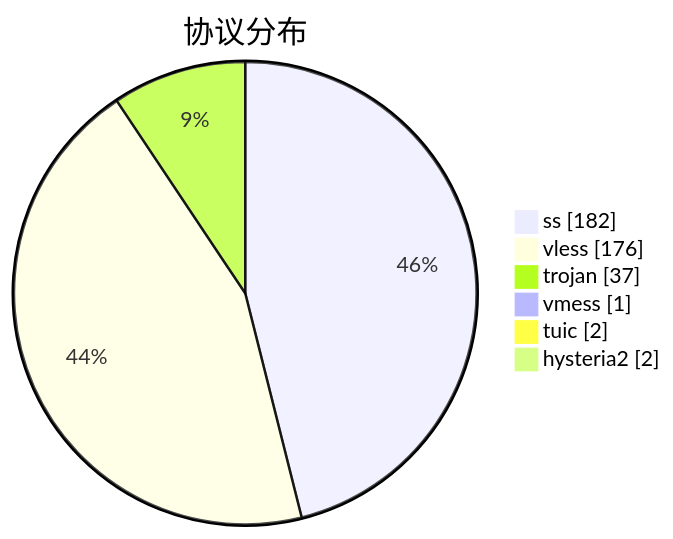
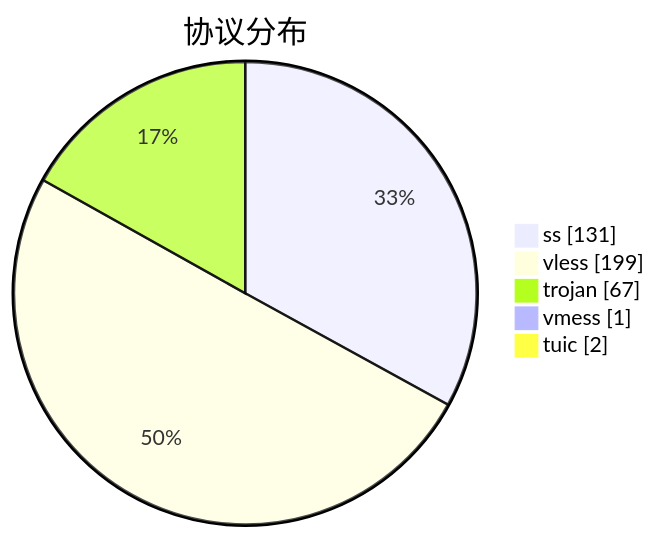
One commit to qjlxg/airport changed the third of 3 diagrams in subs/statistics/tested_within.md. Above: the diagram before and after it, drawn with Mermaid. The commit also changed other lines of this file and 2 other files, not shown here.

````diff
--- a/subs/statistics/tested_within.md
+++ b/subs/statistics/tested_within.md
@@ -38,10 +43,9 @@
 ```mermaid
 pie showData
 title 协议分布
-"ss" : 182
-"vless" : 176
-"trojan" : 37
+"ss" : 131
+"vless" : 199
+"trojan" : 67
 "vmess" : 1
 "tuic" : 2
-"hysteria2" : 2
 ```
````
